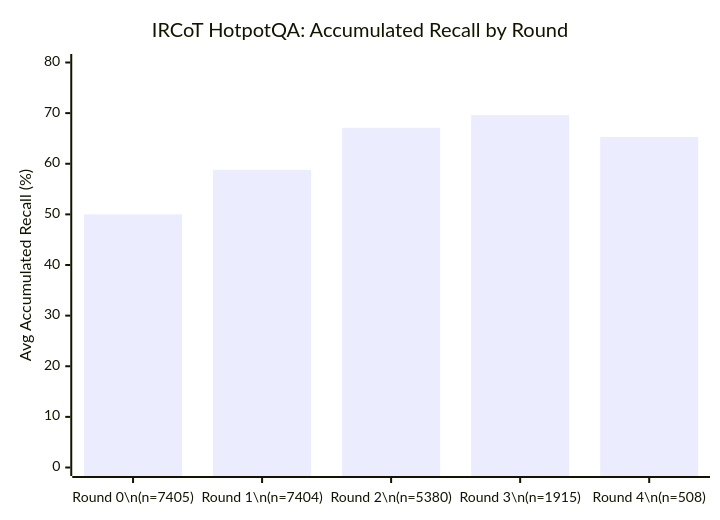
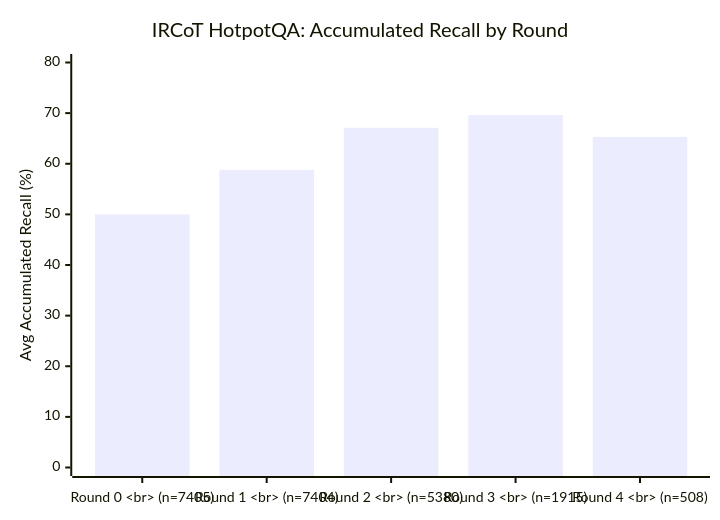
Before and after one commit to pradyutnair/msc-thesis: the fifth of 32 diagrams in plans/feb5-key-findings.md, drawn with Mermaid. The commit also changed other lines of this file, not shown here.

Commit message:
Update Day 1-5 flowcharts in feb5-key-findings.md to improve readability by replacing newline characters with HTML line breaks. This change enhances the visual presentation of the flowcharts and maintains consistency across the document.

````diff
--- a/plans/feb5-key-findings.md
+++ b/plans/feb5-key-findings.md
@@ -110,7 +110,7 @@
 ```mermaid
 xychart-beta
     title "IRCoT HotpotQA: Accumulated Recall by Round"
-    x-axis ["Round 0\n(n=7405)", "Round 1\n(n=7404)", "Round 2\n(n=5380)", "Round 3\n(n=1915)", "Round 4\n(n=508)"]
+    x-axis ["Round 0 <br> (n=7405)", "Round 1 <br> (n=7404)", "Round 2 <br> (n=5380)", "Round 3 <br> (n=1915)", "Round 4 <br> (n=508)"]
     y-axis "Avg Accumulated Recall (%)" 0 --> 80
     bar [50.0, 58.8, 67.1, 69.6, 65.3]
 ```
````
